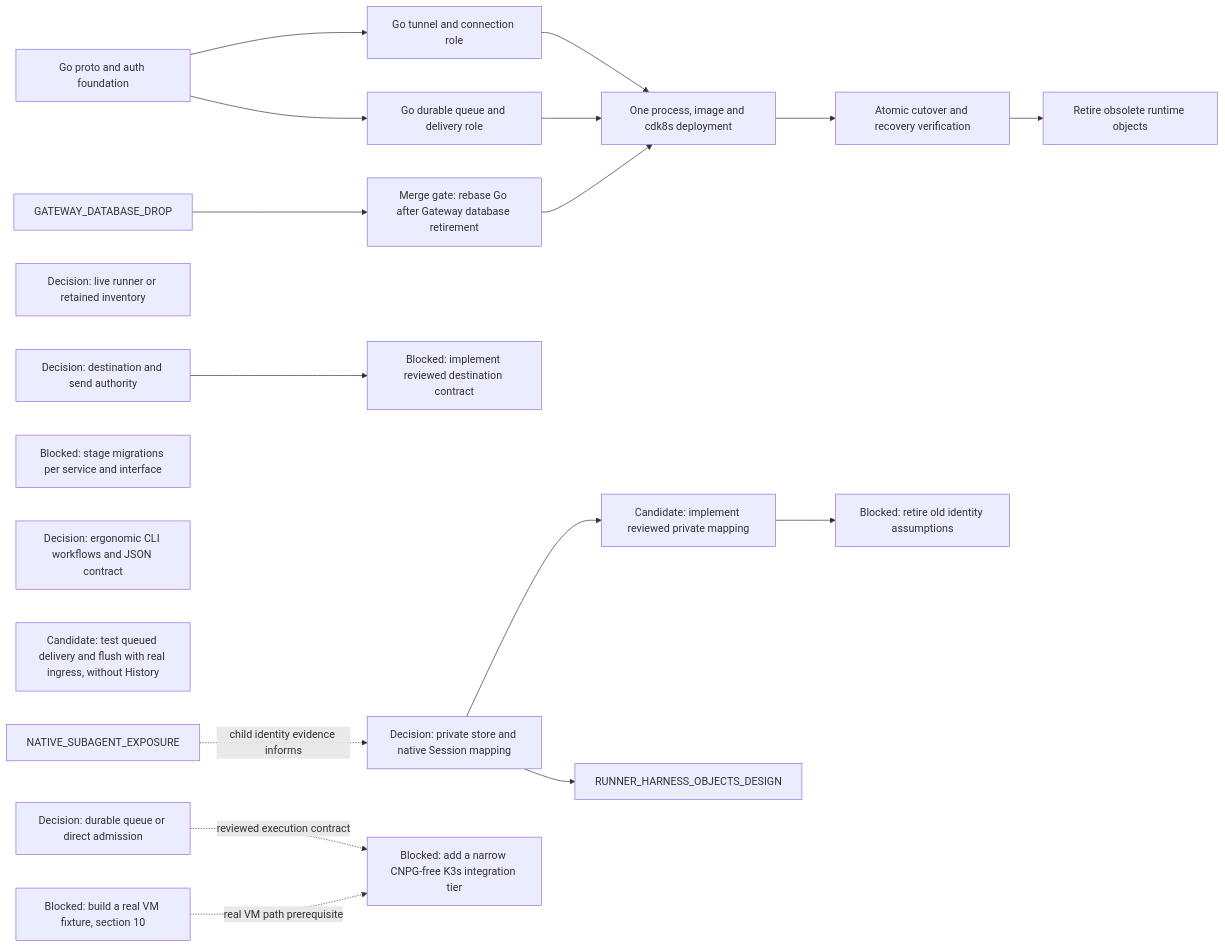
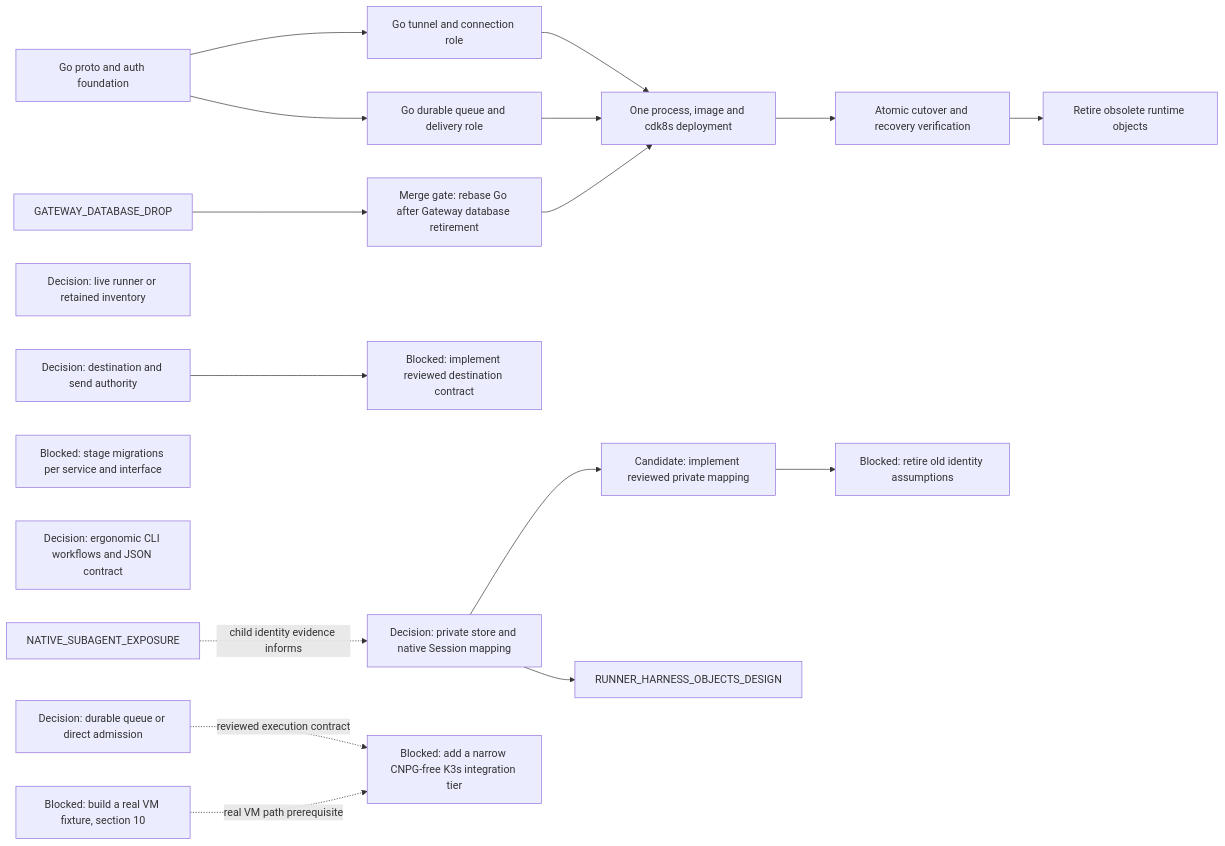
Before and after one commit to agentydragon-agent/ducktape: diagram 16 of 16 in agentplane/plans/task_dag.md, drawn with Mermaid. The commit also changed other lines of this file and 5 other files, not shown here.

````diff
--- a/agentplane/plans/task_dag.md
+++ b/agentplane/plans/task_dag.md
@@ -1408,37 +1408,36 @@
 ```mermaid
 flowchart LR
     DISPATCHER_PERSISTENCE_MODEL_DESIGN[Decision: durable queue or direct admission]
     DELIVERY_GO_PROTOCOL_AUTH[Go proto and auth foundation]
     DELIVERY_GO_GATEWAY[Go tunnel and connection role]
     DELIVERY_GO_DISPATCHER[Go durable queue and delivery role]
     DELIVERY_GO_RETIREMENT_REBASE[Merge gate: rebase Go after Gateway database retirement]
     DELIVERY_GO_INTEGRATION[One process, image and cdk8s deployment]
     DELIVERY_UNIFIED_CUTOVER[Atomic cutover and recovery verification]
     DELIVERY_OLD_RUNTIME_RETIRE[Retire obsolete runtime objects]
     RUNNER_INVENTORY_AUTHORITY_DESIGN[Decision: live runner or retained inventory]
     DELIVERY_DESTINATION_AUTHORITY_DESIGN[Decision: destination and send authority]
     DELIVERY_DESTINATION_CONTRACT[Blocked: implement reviewed destination contract]
     HARNESS_IDENTITY_DESIGN[Decision: private store and native Session mapping]
     RUNNER_STORE_SESSION_IDENTITY[Candidate: implement reviewed private mapping]
     RUNNER_IDENTITY_LEGACY_CLEANUP[Blocked: retire old identity assumptions]
     SERVICE_API_TRANSPORT_MIGRATIONS[Blocked: stage migrations per service and interface]
     AGENT_API_TOOLING_DESIGN[Decision: ergonomic CLI workflows and JSON contract]
-    RUNNER_DELIVERY_INGRESS_ACCEPTANCE[Candidate: test queued delivery and flush with real ingress, without History]
     CNPG_FREE_K3S_INTEGRATION_TIER[Blocked: add a narrow CNPG-free K3s integration tier]
     K3S_VM_IMAGE[Blocked: build a real VM fixture, section 10]
     DELIVERY_GO_PROTOCOL_AUTH --> DELIVERY_GO_GATEWAY
     DELIVERY_GO_PROTOCOL_AUTH --> DELIVERY_GO_DISPATCHER
     GATEWAY_DATABASE_DROP --> DELIVERY_GO_RETIREMENT_REBASE
     DELIVERY_GO_GATEWAY --> DELIVERY_GO_INTEGRATION
     DELIVERY_GO_DISPATCHER --> DELIVERY_GO_INTEGRATION
     DELIVERY_GO_RETIREMENT_REBASE --> DELIVERY_GO_INTEGRATION
     DELIVERY_GO_INTEGRATION --> DELIVERY_UNIFIED_CUTOVER
     DELIVERY_UNIFIED_CUTOVER --> DELIVERY_OLD_RUNTIME_RETIRE
     DELIVERY_DESTINATION_AUTHORITY_DESIGN --> DELIVERY_DESTINATION_CONTRACT
     RUNNER_STORE_SESSION_IDENTITY --> RUNNER_IDENTITY_LEGACY_CLEANUP
     NATIVE_SUBAGENT_EXPOSURE -. child identity evidence informs .-> HARNESS_IDENTITY_DESIGN
     HARNESS_IDENTITY_DESIGN --> RUNNER_STORE_SESSION_IDENTITY
     HARNESS_IDENTITY_DESIGN --> RUNNER_HARNESS_OBJECTS_DESIGN
     DISPATCHER_PERSISTENCE_MODEL_DESIGN -. reviewed execution contract .-> CNPG_FREE_K3S_INTEGRATION_TIER
     K3S_VM_IMAGE -. real VM path prerequisite .-> CNPG_FREE_K3S_INTEGRATION_TIER
 ```
````
